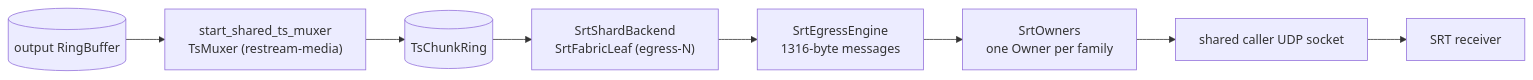
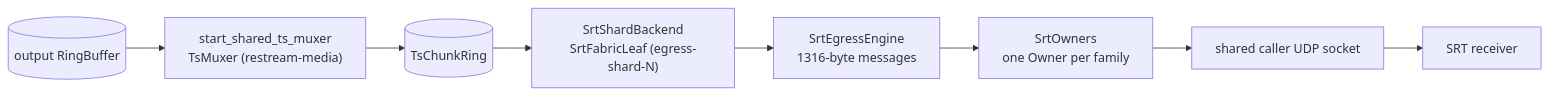
Before and after one commit to krsna1729/restream: the seventh of 15 diagrams in docs/media-pipeline.md, drawn with Mermaid. The commit also changed other lines of this file and 3 other files, not shown here.

````diff
--- a/docs/media-pipeline.md
+++ b/docs/media-pipeline.md
@@ -520,10 +519,10 @@
 ```mermaid
 flowchart LR
     Ring[("output RingBuffer")] --> Mux["start_shared_ts_muxer<br/>TsMuxer (restream-media)"]
     Mux --> Chunks[("TsChunkRing")]
-    Chunks --> Leaf["SrtShardBackend<br/>SrtFabricLeaf (egress-N)"]
+    Chunks --> Leaf["SrtShardBackend<br/>SrtFabricLeaf (egress-shard-N)"]
     Leaf --> Engine["SrtEgressEngine<br/>1316-byte messages"]
     Engine --> Owners["SrtOwners<br/>one Owner per family"]
     Owners --> Udp["shared caller UDP socket"]
     Udp --> Dest["SRT receiver"]
 ```
````
